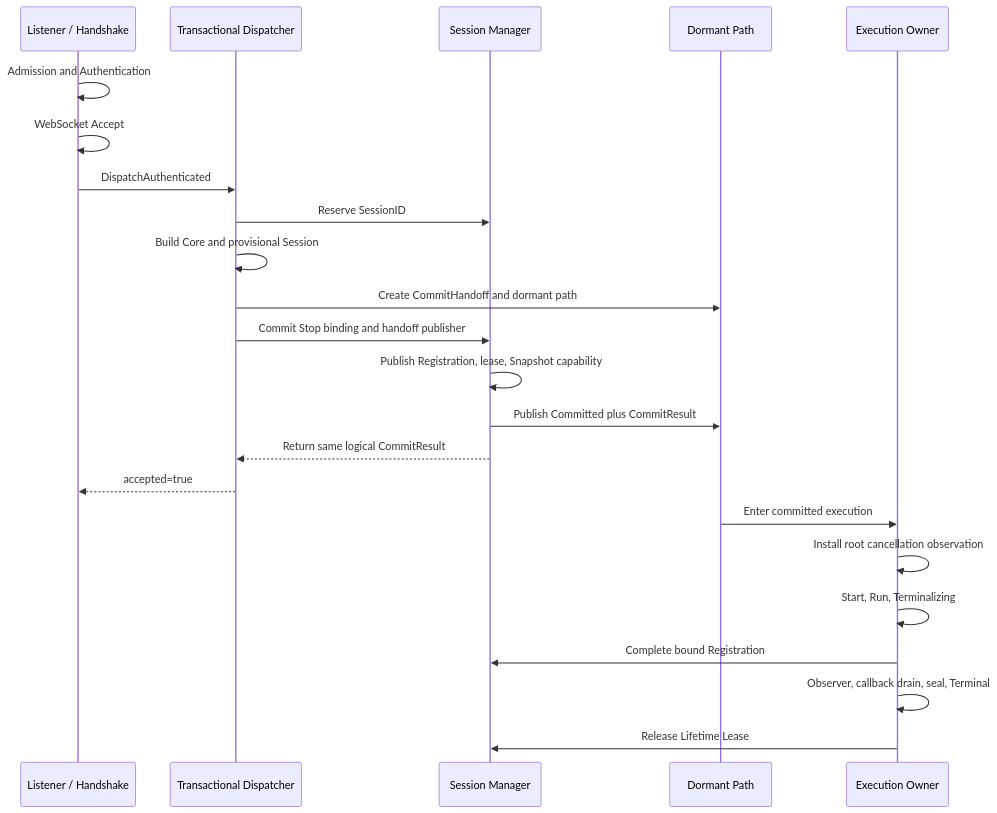
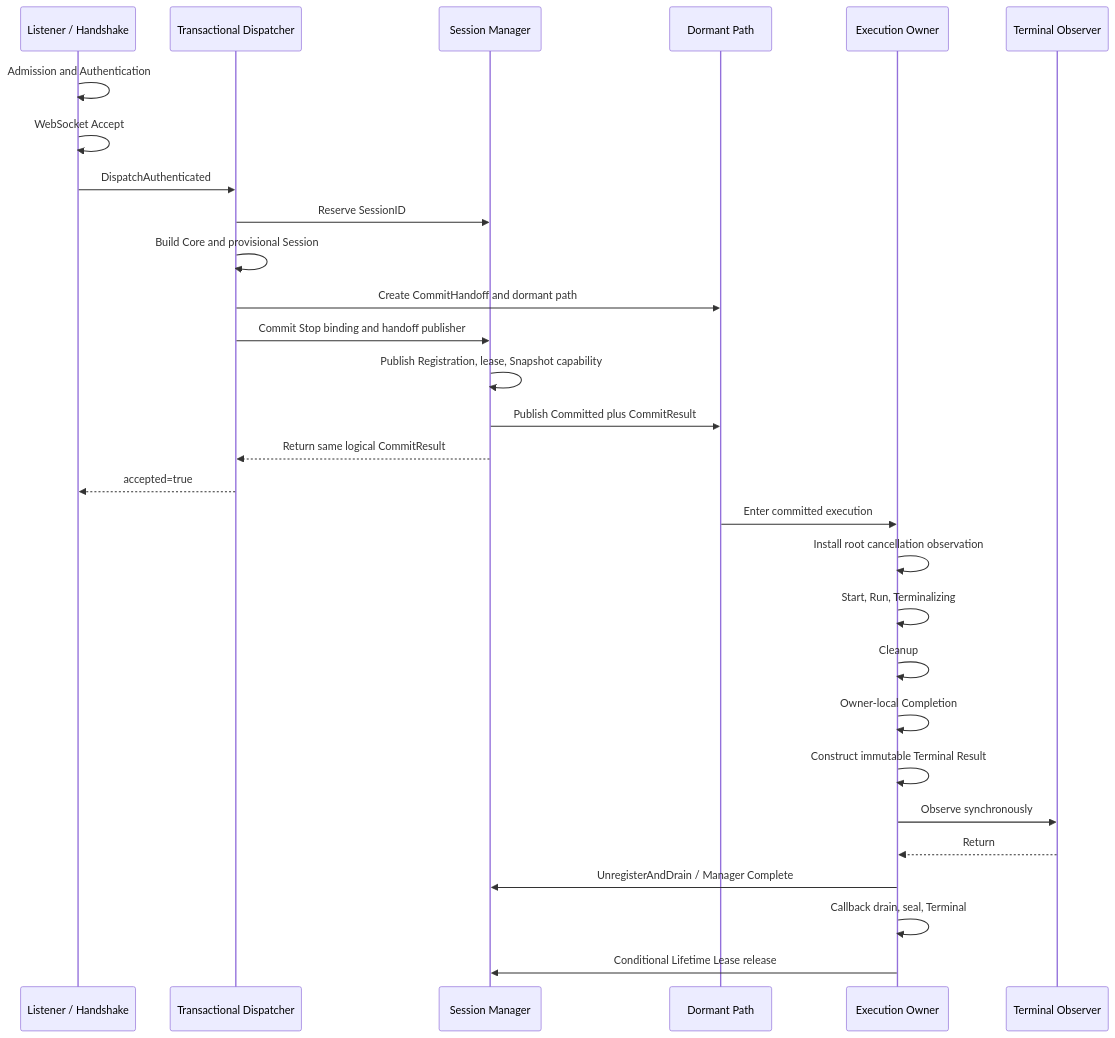
Before and after one commit to dsdred/universal-websocket-platform: the second of 5 diagrams in docs/en/design/DP-006-runtime-production-integration.md, drawn with Mermaid. The commit also changed other lines of this file and 4 other files, not shown here.

````diff
--- a/docs/en/design/DP-006-runtime-production-integration.md
+++ b/docs/en/design/DP-006-runtime-production-integration.md
@@ -147,25 +148,31 @@
 ```mermaid
 sequenceDiagram
     participant L as Listener / Handshake
     participant D as Transactional Dispatcher
     participant M as Session Manager
     participant P as Dormant Path
     participant O as Execution Owner
+    participant T as Terminal Observer
     L->>L: Admission and Authentication
     L->>L: WebSocket Accept
     L->>D: DispatchAuthenticated
     D->>M: Reserve SessionID
     D->>D: Build Core and provisional Session
     D->>P: Create CommitHandoff and dormant path
     D->>M: Commit Stop binding and handoff publisher
     M->>M: Publish Registration, lease, Snapshot capability
     M->>P: Publish Committed plus CommitResult
     M-->>D: Return same logical CommitResult
     D-->>L: accepted=true
     P->>O: Enter committed execution
     O->>O: Install root cancellation observation
     O->>O: Start, Run, Terminalizing
-    O->>M: Complete bound Registration
-    O->>O: Observer, callback drain, seal, Terminal
-    O->>M: Release Lifetime Lease
+    O->>O: Cleanup
+    O->>O: Owner-local Completion
+    O->>O: Construct immutable Terminal Result
+    O->>T: Observe synchronously
+    T-->>O: Return
+    O->>M: UnregisterAndDrain / Manager Complete
+    O->>O: Callback drain, seal, Terminal
+    O->>M: Conditional Lifetime Lease release
 ```
````
